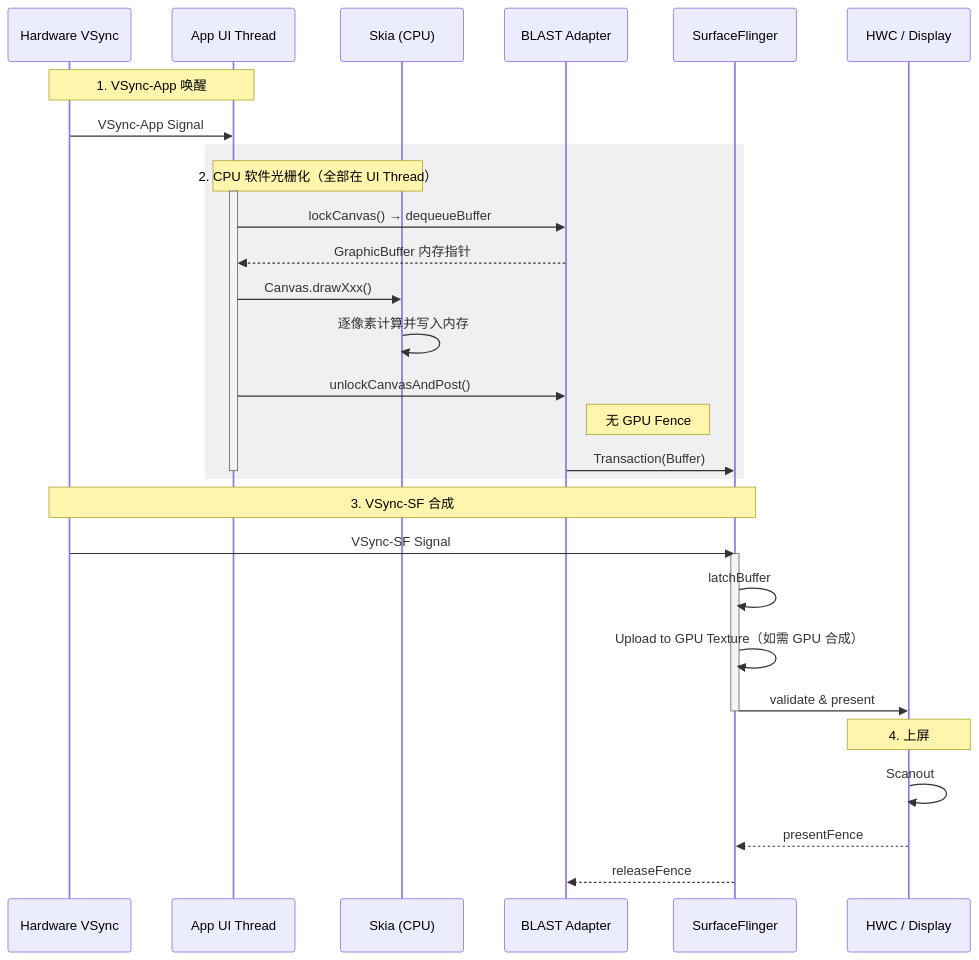
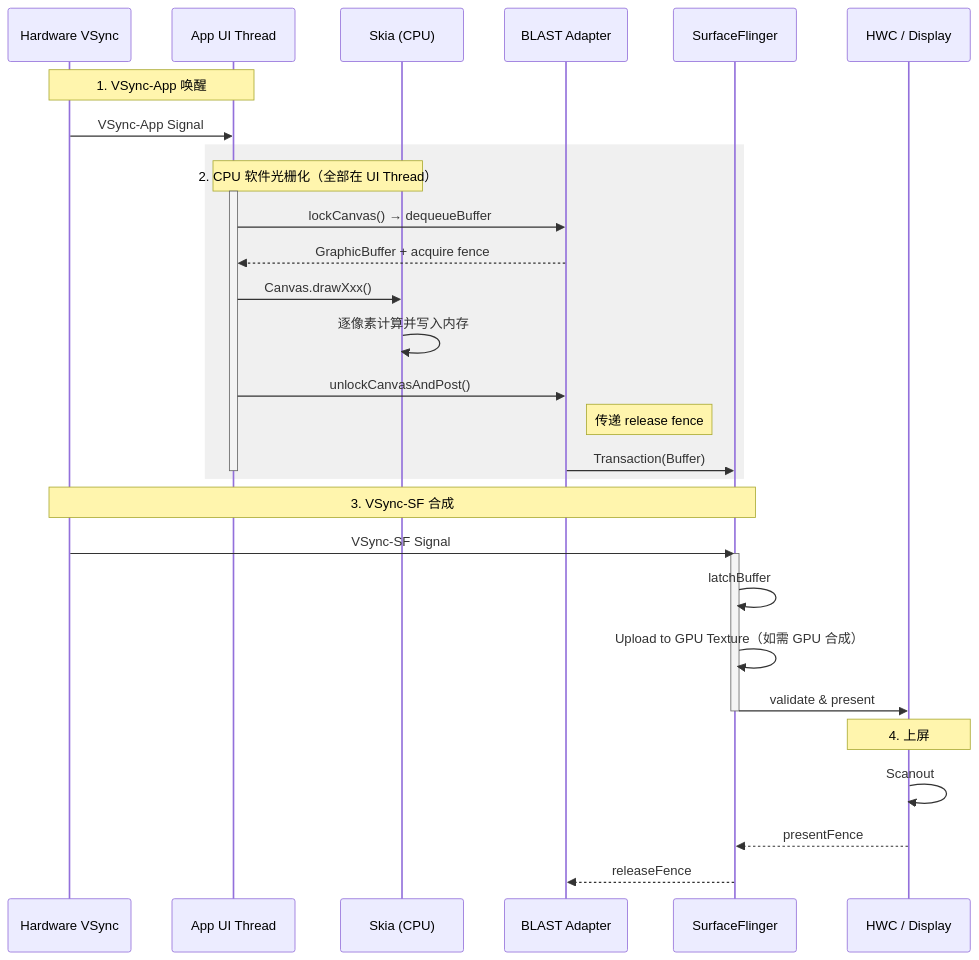
Before and after one commit to Gracker/android-internals-wiki: the second of 2 diagrams in src/part2-performance/ch18-rendering-pipelines/03-android-view-software.md, drawn with Mermaid. The commit also changed other lines of this file and 2 other files, not shown here.

````diff
--- a/src/part2-performance/ch18-rendering-pipelines/03-android-view-software.md
+++ b/src/part2-performance/ch18-rendering-pipelines/03-android-view-software.md
@@ -86,40 +89,40 @@
 ```mermaid
 sequenceDiagram
     participant HW as Hardware VSync
     participant UI as App UI Thread
     participant CPU as Skia (CPU)
     participant BBQ as BLAST Adapter
     participant SF as SurfaceFlinger
     participant HWC as HWC / Display
 
     Note over HW, UI: 1. VSync-App 唤醒
     HW->>UI: VSync-App Signal
     
     rect rgb(240, 240, 240)
         Note over UI, CPU: 2. CPU 软件光栅化（全部在 UI Thread）
         activate UI
         UI->>BBQ: lockCanvas() → dequeueBuffer
-        BBQ-->>UI: GraphicBuffer 内存指针
+        BBQ-->>UI: GraphicBuffer + acquire fence
         
         UI->>CPU: Canvas.drawXxx()
         CPU->>CPU: 逐像素计算并写入内存
         
         UI->>BBQ: unlockCanvasAndPost()
-        Note right of BBQ: 无 GPU Fence
+        Note right of BBQ: 传递 release fence
         BBQ->>SF: Transaction(Buffer)
         deactivate UI
     end
 
     Note over HW, SF: 3. VSync-SF 合成
     HW->>SF: VSync-SF Signal
     activate SF
     SF->>SF: latchBuffer
     SF->>SF: Upload to GPU Texture（如需 GPU 合成）
     SF->>HWC: validate & present
     deactivate SF
 
     Note over HWC: 4. 上屏
     HWC->>HWC: Scanout
     HWC-->>SF: presentFence
     SF-->>BBQ: releaseFence
 ```
````
